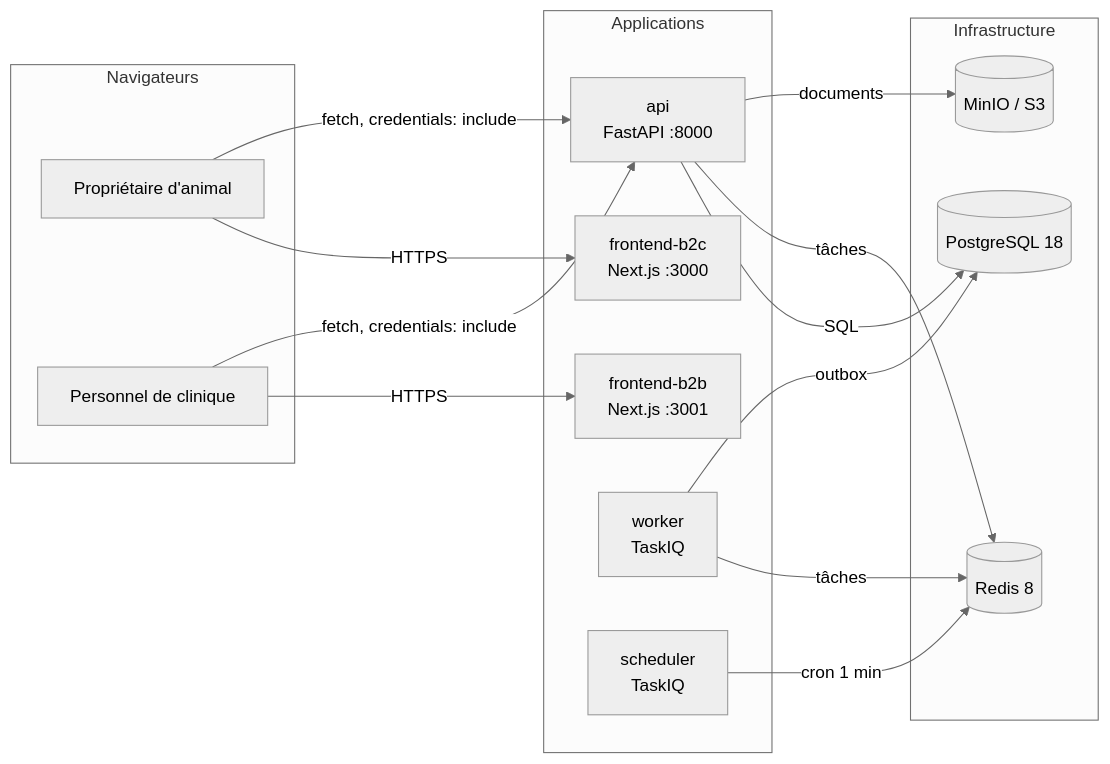
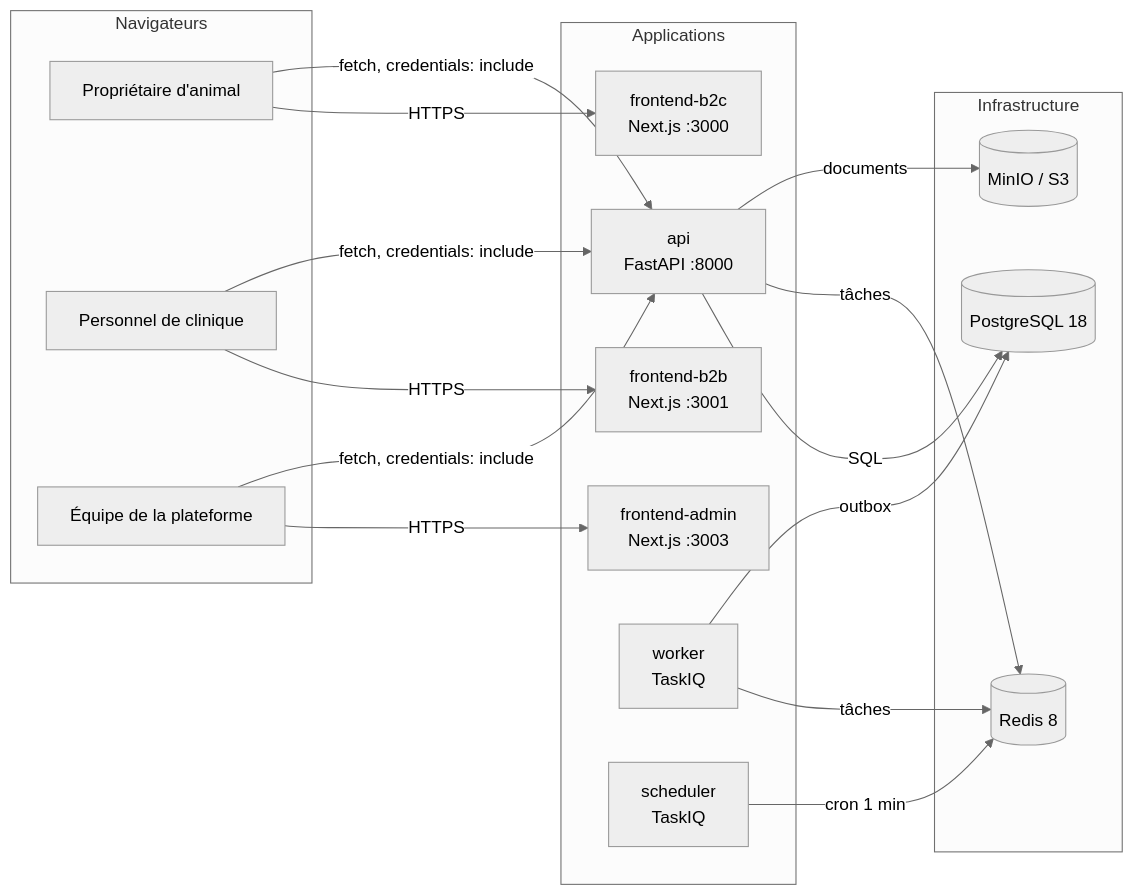
The diagram in documentation/docs/architecture/vue-d-ensemble.md (kederiku/VetLib), drawn with Mermaid (neutral theme) before and after one commit. The commit also changed other lines of this file and 36 other files, not shown here.

First line of the commit message:
feat(admin): image Docker, service compose et documentation des trois applications Next (#31)

````diff
--- a/documentation/docs/architecture/vue-d-ensemble.md
+++ b/documentation/docs/architecture/vue-d-ensemble.md
@@ -35,33 +38,37 @@
 ```mermaid
 flowchart LR
   subgraph Navigateurs
     P["Propriétaire d'animal"]
     S["Personnel de clinique"]
+    E["Équipe de la plateforme"]
   end
 
   subgraph Applications
     B2C["frontend-b2c<br/>Next.js :3000"]
     B2B["frontend-b2b<br/>Next.js :3001"]
+    ADM["frontend-admin<br/>Next.js :3003"]
     API["api<br/>FastAPI :8000"]
     W["worker<br/>TaskIQ"]
     SC["scheduler<br/>TaskIQ"]
   end
 
   subgraph Infrastructure
     PG[("PostgreSQL 18")]
     RD[("Redis 8")]
     S3[("MinIO / S3")]
   end
 
   P -->|HTTPS| B2C
   S -->|HTTPS| B2B
+  E -->|HTTPS| ADM
   P -->|"fetch, credentials: include"| API
   S -->|"fetch, credentials: include"| API
+  E -->|"fetch, credentials: include"| API
 
   API -->|SQL| PG
   API -->|tâches| RD
   API -->|documents| S3
   W -->|tâches| RD
   W -->|outbox| PG
   SC -->|"cron 1 min"| RD
 ```
````
